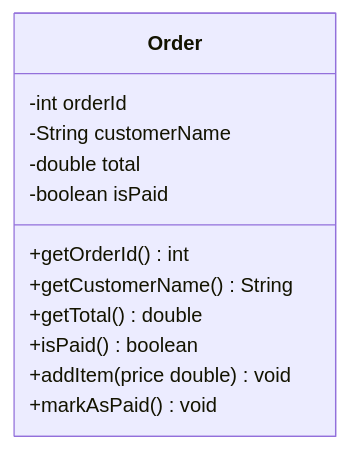
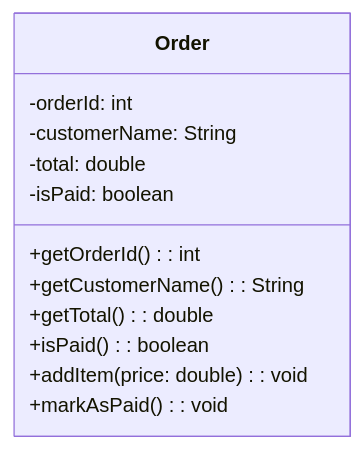
Before and after one commit to ProfesorPermuta/web-cd: the third of 3 diagrams in src/pages/tema-3/d-atributos-y-metodos.md, drawn with Mermaid. The commit also changed other lines of this file and 6 other files, not shown here.

First line of the commit message:
Tema 3: guías de Mermaid y ejercicios de diseño sin código

````diff
--- a/src/pages/tema-3/d-atributos-y-metodos.md
+++ b/src/pages/tema-3/d-atributos-y-metodos.md
@@ -112,15 +158,15 @@
 ```mermaid
 classDiagram
     class Order {
-        -int orderId
-        -String customerName
-        -double total
-        -boolean isPaid
-        +getOrderId() int
-        +getCustomerName() String
-        +getTotal() double
-        +isPaid() boolean
-        +addItem(price double) void
-        +markAsPaid() void
+        -orderId: int
+        -customerName: String
+        -total: double
+        -isPaid: boolean
+        +getOrderId(): int
+        +getCustomerName(): String
+        +getTotal(): double
+        +isPaid(): boolean
+        +addItem(price: double): void
+        +markAsPaid(): void
     }
 ```
````
